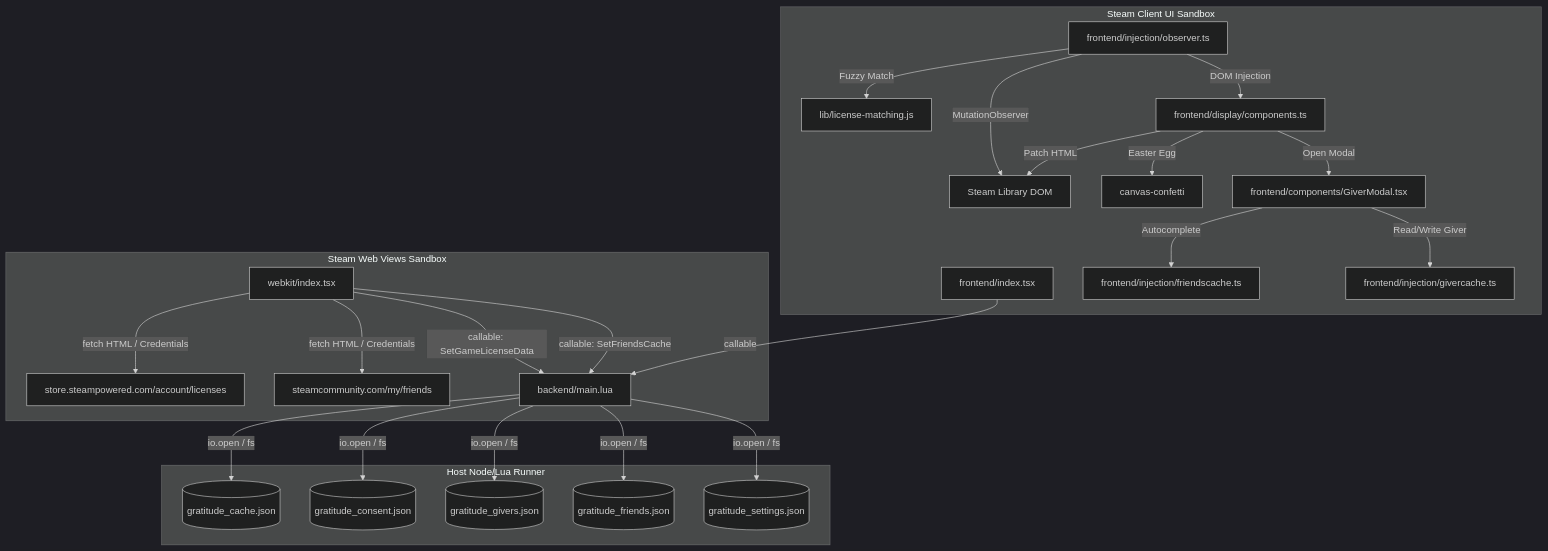
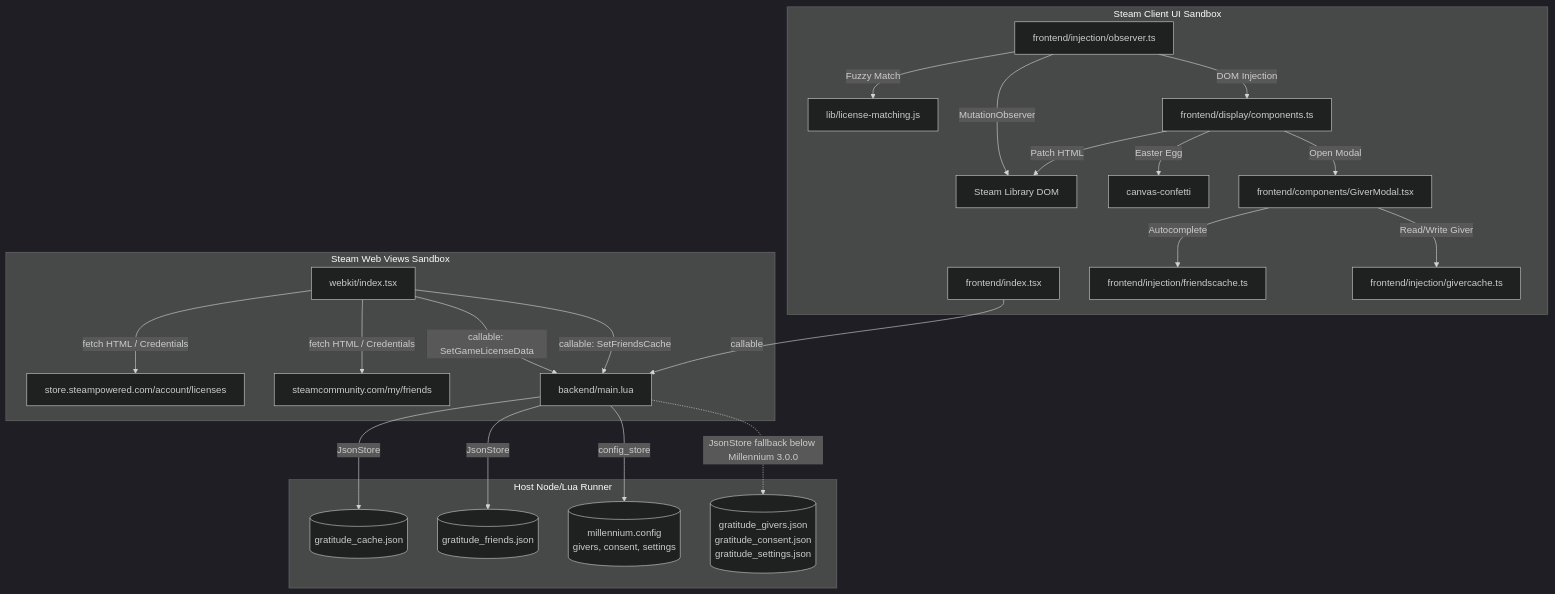
The diagram in AGENTS.md (BlythT/Gratitude-Millennium-Plugin), drawn with Mermaid (dark theme) before and after one commit. The commit also changed other lines of this file and 27 other files, not shown here.

First line of the commit message:
feat: store gift records, consent and settings in millennium.config

````diff
--- a/AGENTS.md
+++ b/AGENTS.md
@@ -21,30 +21,29 @@
 ```mermaid
 graph TD
     subgraph Webkit Context [Steam Web Views Sandbox]
         W[webkit/index.tsx] -->|fetch HTML / Credentials| S[store.steampowered.com/account/licenses]
         W -->|fetch HTML / Credentials| C[steamcommunity.com/my/friends]
         W -->|callable: SetGameLicenseData| B
         W -->|callable: SetFriendsCache| B
     end
 
     subgraph Backend Context [Host Node/Lua Runner]
         B[backend/main.lua]
-        B -->|io.open / fs| D1[(gratitude_cache.json)]
-        B -->|io.open / fs| D2[(gratitude_consent.json)]
-        B -->|io.open / fs| D3[(gratitude_givers.json)]
-        B -->|io.open / fs| D4[(gratitude_friends.json)]
-        B -->|io.open / fs| D5[(gratitude_settings.json)]
+        B -->|JsonStore| D1[(gratitude_cache.json)]
+        B -->|JsonStore| D2[(gratitude_friends.json)]
+        B -->|config_store| MC[(millennium.config<br/>givers, consent, settings)]
+        B -.->|JsonStore fallback below Millennium 3.0.0| D3[(gratitude_givers.json<br/>gratitude_consent.json<br/>gratitude_settings.json)]
     end
 
     subgraph Frontend Context [Steam Client UI Sandbox]
         F[frontend/index.tsx] -->|callable| B
         F_Obs[frontend/injection/observer.ts] -->|MutationObserver| DOM[Steam Library DOM]
         F_Obs -->|Fuzzy Match| Match[lib/license-matching.js]
         F_Obs -->|DOM Injection| UI[frontend/display/components.ts]
         UI -->|Patch HTML| DOM
         UI -->|Easter Egg| Confetti[canvas-confetti]
         UI -->|Open Modal| G_Mod[frontend/components/GiverModal.tsx]
         G_Mod -->|Autocomplete| FriendCache[frontend/injection/friendscache.ts]
         G_Mod -->|Read/Write Giver| GiverCache[frontend/injection/givercache.ts]
     end
 ```
````
